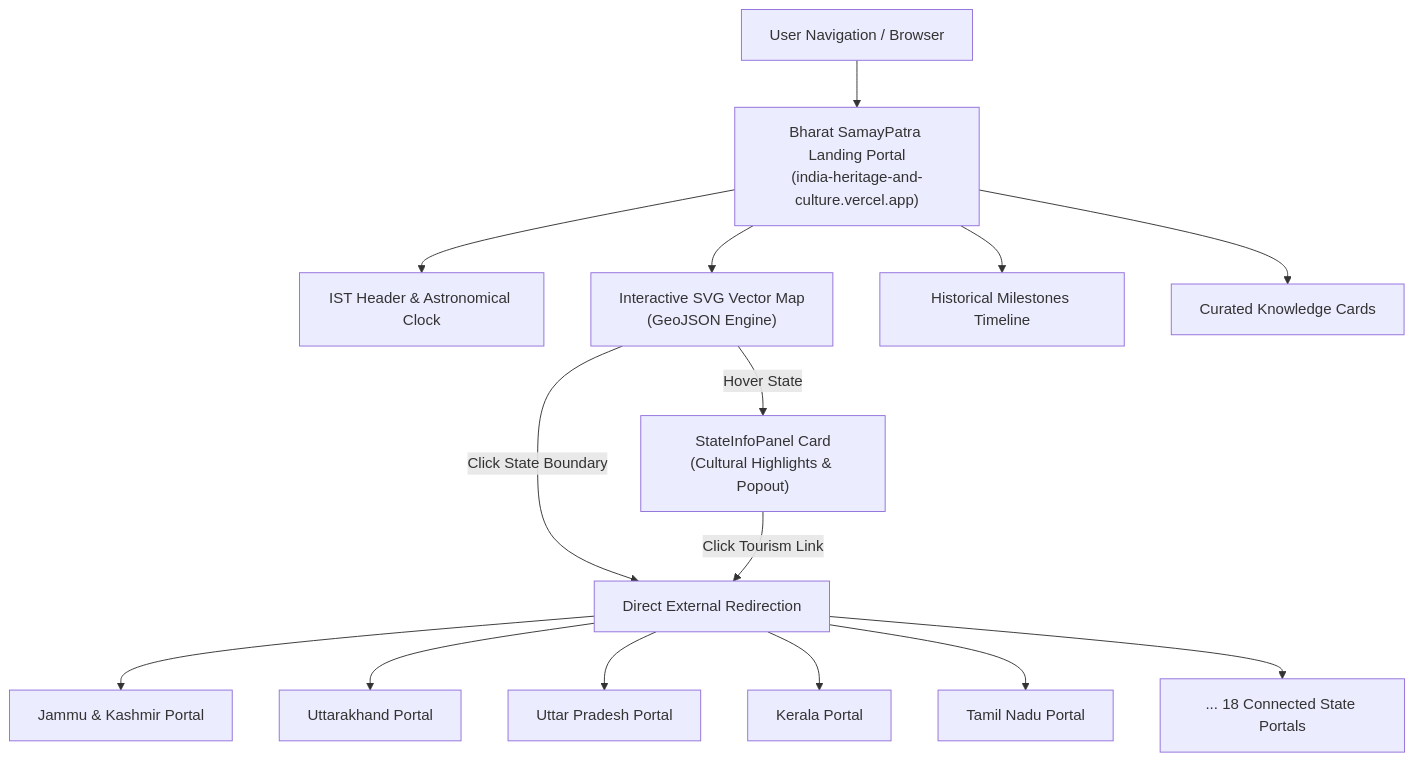
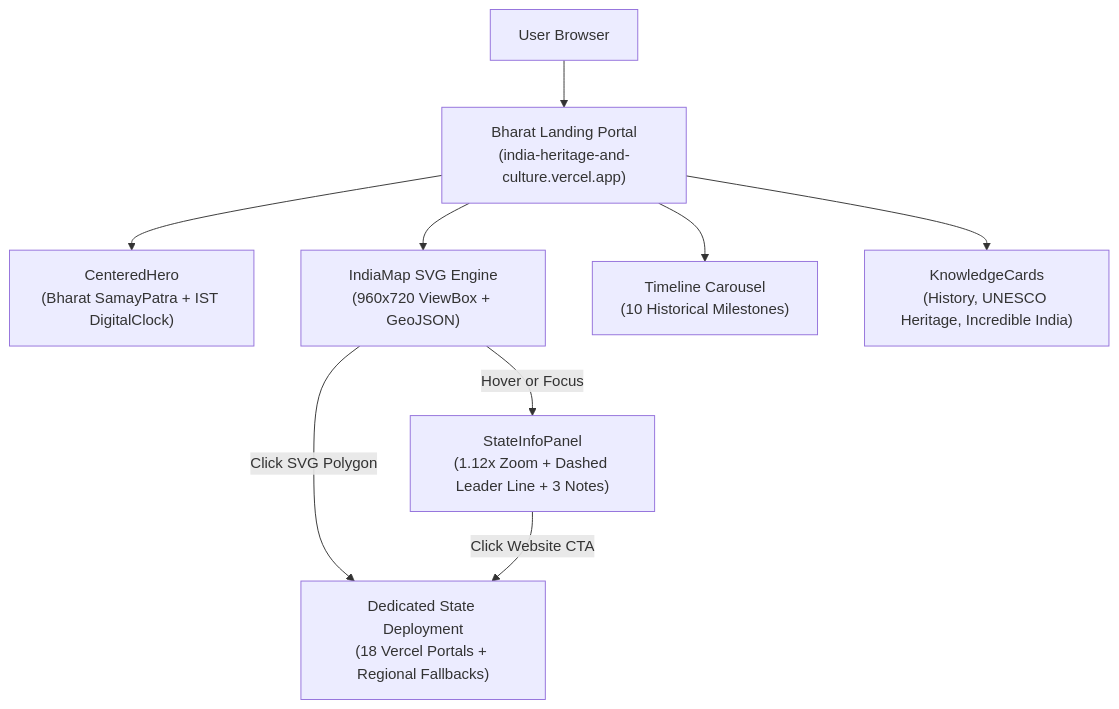
One commit to shresthasrii/India_HNC_Main changed the diagram in PROJECT_REPORT.md. Above: the diagram before and after it, drawn with Mermaid. The commit also changed other lines of this file, not shown here.

````diff
--- a/PROJECT_REPORT.md
+++ b/PROJECT_REPORT.md
@@ -25,19 +67,12 @@
 ```mermaid
 flowchart TD
-    A["User Navigation / Browser"] --> B["Bharat SamayPatra Landing Portal<br/>(india-heritage-and-culture.vercel.app)"]
-    B --> C["IST Header & Astronomical Clock"]
-    B --> D["Interactive SVG Vector Map<br/>(GeoJSON Engine)"]
-    B --> E["Historical Milestones Timeline"]
-    B --> F["Curated Knowledge Cards"]
-    
-    D -->|Hover State| G["StateInfoPanel Card<br/>(Cultural Highlights & Popout)"]
-    D -->|Click State Boundary| H["Direct External Redirection"]
-    G -->|Click Tourism Link| H
-    
-    H --> S1["Jammu & Kashmir Portal"]
-    H --> S2["Uttarakhand Portal"]
-    H --> S3["Uttar Pradesh Portal"]
-    H --> S4["Kerala Portal"]
-    H --> S5["Tamil Nadu Portal"]
-    H --> S18["... 18 Connected State Portals"]
+    User["User Browser"] --> Portal["Bharat Landing Portal<br/>(india-heritage-and-culture.vercel.app)"]
+    Portal --> Hero["CenteredHero<br/>(Bharat SamayPatra + IST DigitalClock)"]
+    Portal --> Map["IndiaMap SVG Engine<br/>(960x720 ViewBox + GeoJSON)"]
+    Portal --> Timeline["Timeline Carousel<br/>(10 Historical Milestones)"]
+    Portal --> Cards["KnowledgeCards<br/>(History, UNESCO Heritage, Incredible India)"]
+
+    Map -->|Hover or Focus| Panel["StateInfoPanel<br/>(1.12x Zoom + Dashed Leader Line + 3 Notes)"]
+    Map -->|Click SVG Polygon| Target["Dedicated State Deployment<br/>(18 Vercel Portals + Regional Fallbacks)"]
+    Panel -->|Click Website CTA| Target
 ```
````
